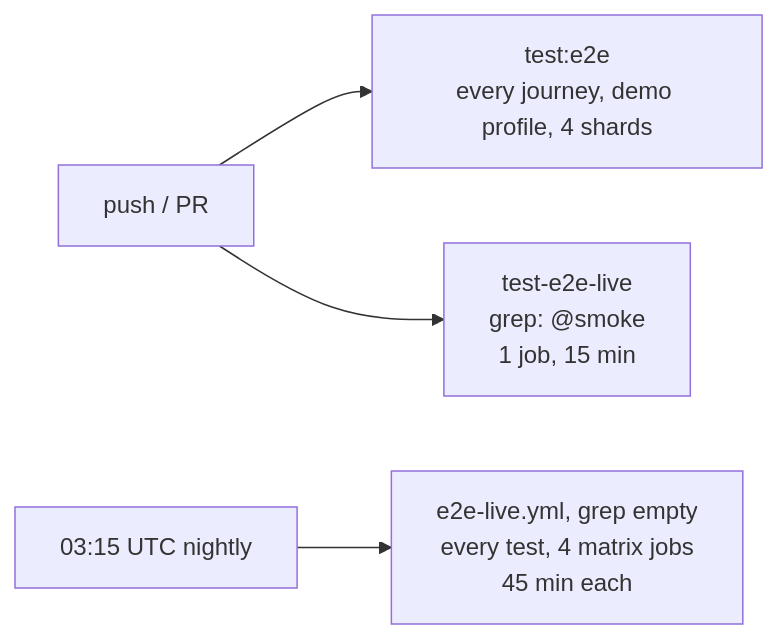
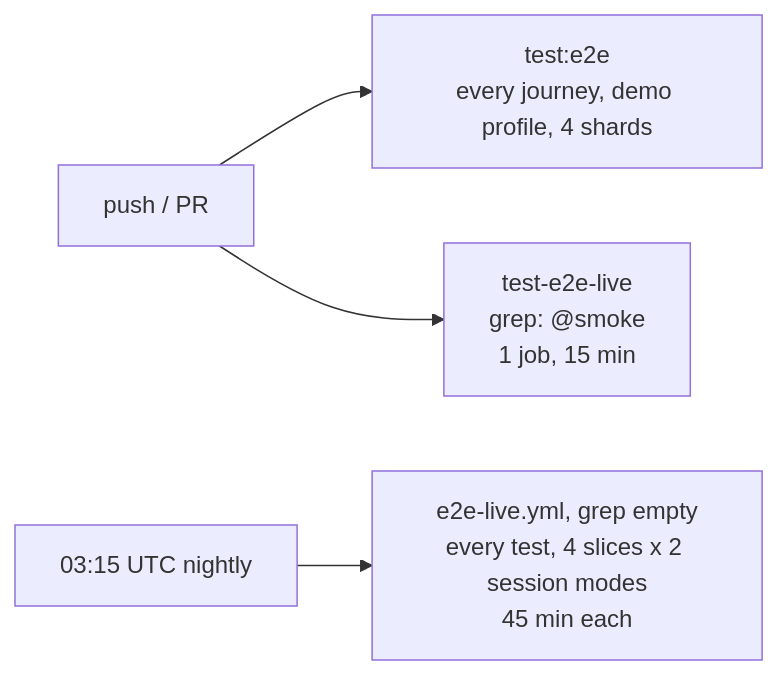
The first of 2 diagrams in docs/tools/live-e2e.md (Guebbit/boilerplate-vue-frontend), drawn with Mermaid before and after one commit. The commit also changed other lines of this file and 960 other files, not shown here.

````diff
--- a/docs/tools/live-e2e.md
+++ b/docs/tools/live-e2e.md
@@ -19,6 +19,6 @@
 ```mermaid
 flowchart LR
     Push["push / PR"] --> Demo["test:e2e\nevery journey, demo profile, 4 shards"]
     Push --> Smoke["test-e2e-live\ngrep: @smoke\n1 job, 15 min"]
-    Cron["03:15 UTC nightly"] --> Full["e2e-live.yml, grep empty\nevery test, 4 matrix jobs\n45 min each"]
+    Cron["03:15 UTC nightly"] --> Full["e2e-live.yml, grep empty\nevery test, 4 slices x 2 session modes\n45 min each"]
 ```
````
